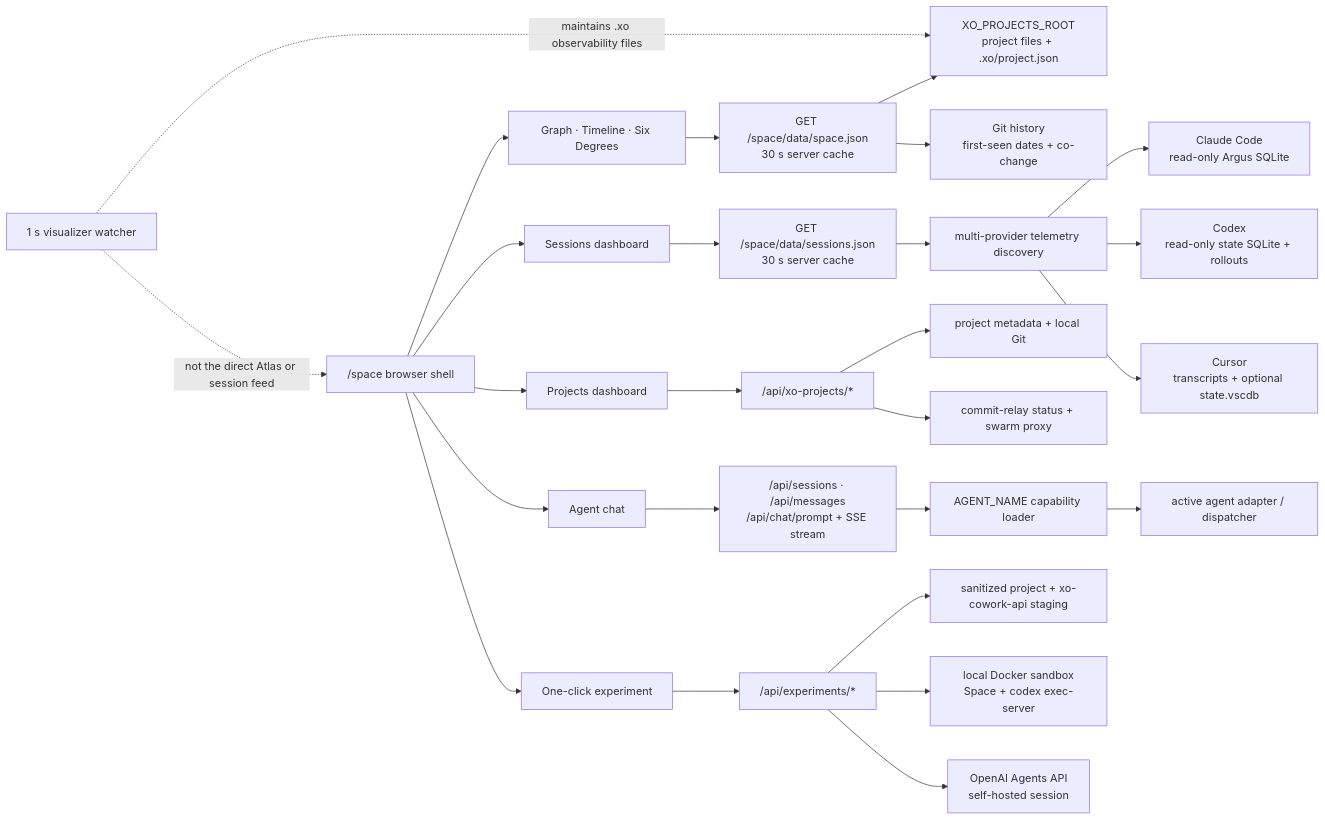
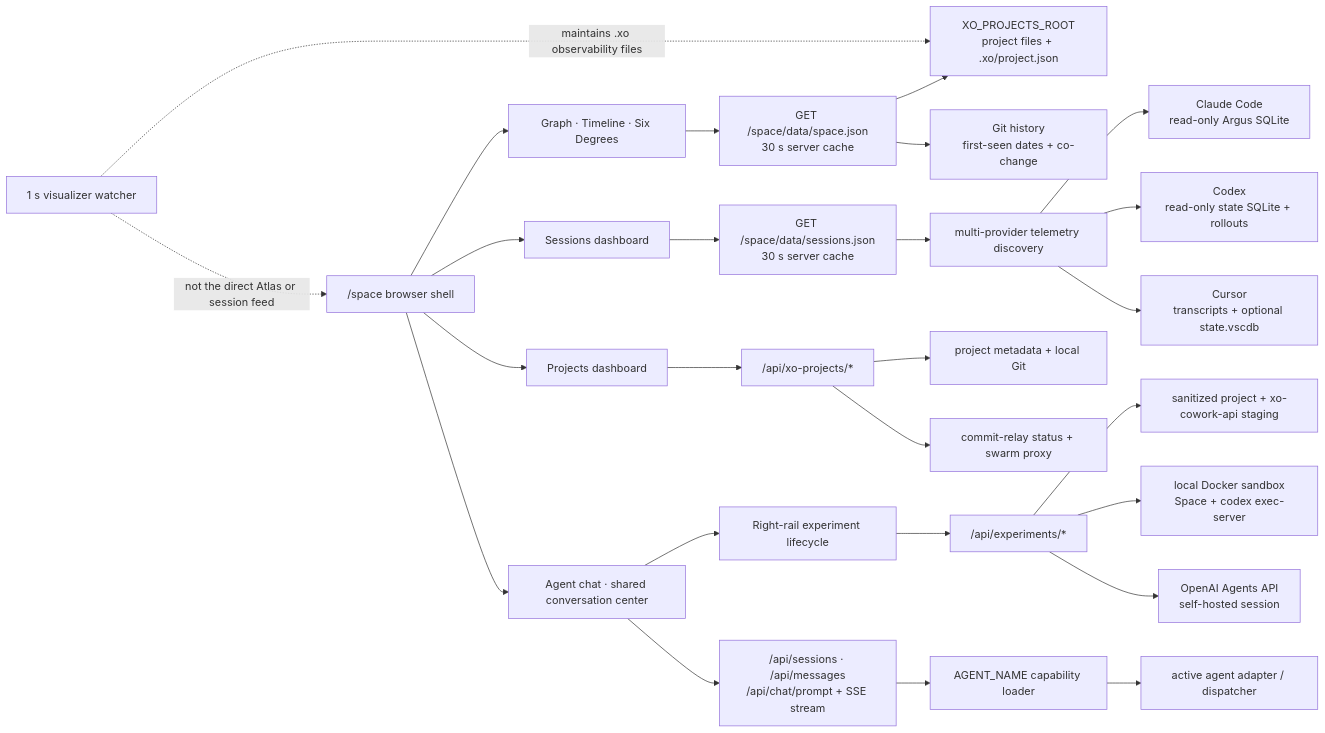
One commit to sharmasuraj0123/xo-cowork-api changed the diagram in space_ui/ONE_PAGER.md. Above: the diagram before and after it, drawn with Mermaid. The commit also changed other lines of this file and 21 other files, not shown here.

````diff
--- a/space_ui/ONE_PAGER.md
+++ b/space_ui/ONE_PAGER.md
@@ -49,41 +49,41 @@
 ```mermaid
 flowchart LR
     Browser["/space browser shell"]
     Atlas["Graph · Timeline · Six Degrees"]
     Sessions["Sessions dashboard"]
     Projects["Projects dashboard"]
-    Chat["Agent chat"]
-    Experiment["One-click experiment"]
+    Chat["Agent chat · shared conversation center"]
+    Experiment["Right-rail experiment lifecycle"]
 
     Browser --> Atlas
     Browser --> Sessions
     Browser --> Projects
     Browser --> Chat
-    Browser --> Experiment
+    Chat --> Experiment
 
     Atlas --> SpaceRoute["GET /space/data/space.json\n30 s server cache"]
     SpaceRoute --> Files["XO_PROJECTS_ROOT\nproject files + .xo/project.json"]
     SpaceRoute --> Git["Git history\nfirst-seen dates + co-change"]
 
     Sessions --> SessionRoute["GET /space/data/sessions.json\n30 s server cache"]
     SessionRoute --> Discovery["multi-provider telemetry discovery"]
     Discovery --> Argus["Claude Code\nread-only Argus SQLite"]
     Discovery --> Codex["Codex\nread-only state SQLite + rollouts"]
     Discovery --> Cursor["Cursor\ntranscripts + optional state.vscdb"]
 
     Projects --> ProjectAPI["/api/xo-projects/*"]
     ProjectAPI --> ProjectFolders["project metadata + local Git"]
     ProjectAPI --> Relay["commit-relay status + swarm proxy"]
 
     Chat --> ChatAPI["/api/sessions · /api/messages\n/api/chat/prompt + SSE stream"]
     ChatAPI --> Loader["AGENT_NAME capability loader"]
     Loader --> Adapter["active agent adapter / dispatcher"]
 
     Experiment --> ExperimentAPI["/api/experiments/*"]
     ExperimentAPI --> Staging["sanitized project + xo-cowork-api staging"]
     ExperimentAPI --> Docker["local Docker sandbox\nSpace + codex exec-server"]
     ExperimentAPI --> AgentsAPI["OpenAI Agents API\nself-hosted session"]
 
     Watcher["1 s visualizer watcher"] -. "maintains .xo observability files" .-> Files
     Watcher -. "not the direct Atlas or session feed" .-> Browser
 ```
````
